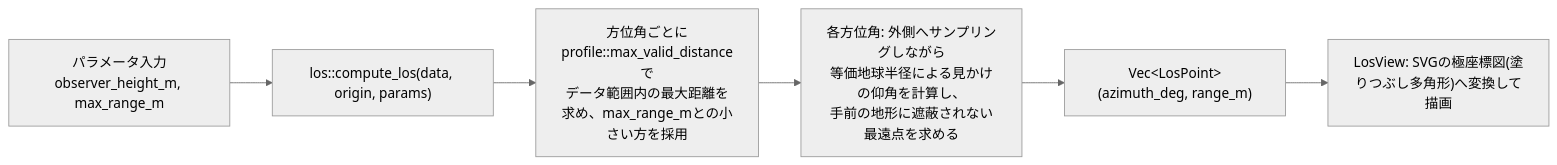
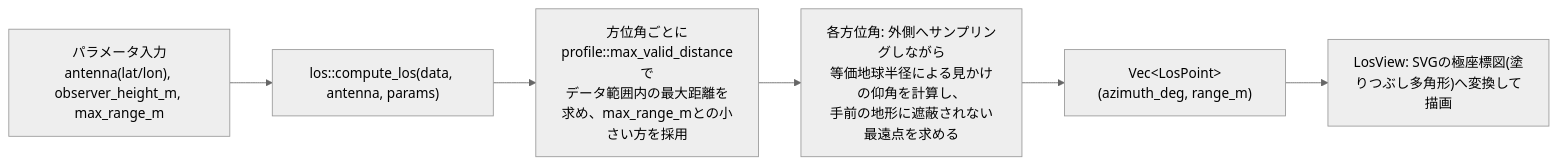
One commit to ham1a6/SimulationView changed diagram 15 of 17 in DETAILED_DESIGN.md. Above: the diagram before and after it, drawn with Mermaid (neutral theme). The commit also changed other lines of this file and 3 other files, not shown here.

````diff
--- a/DETAILED_DESIGN.md
+++ b/DETAILED_DESIGN.md
@@ -902,8 +911,8 @@
 ```mermaid
 flowchart LR
-    A["パラメータ入力<br/>observer_height_m, max_range_m"] --> B["los::compute_los(data, origin, params)"]
+    A["パラメータ入力<br/>antenna(lat/lon), observer_height_m, max_range_m"] --> B["los::compute_los(data, antenna, params)"]
     B --> C["方位角ごとにprofile::max_valid_distanceで<br/>データ範囲内の最大距離を求め、max_range_mとの小さい方を採用"]
     C --> D["各方位角: 外側へサンプリングしながら<br/>等価地球半径による見かけの仰角を計算し、<br/>手前の地形に遮蔽されない最遠点を求める"]
     D --> E["Vec&lt;LosPoint&gt;(azimuth_deg, range_m)"]
     E --> F["LosView: SVGの極座標図(塗りつぶし多角形)へ変換して描画"]
 ```
````
